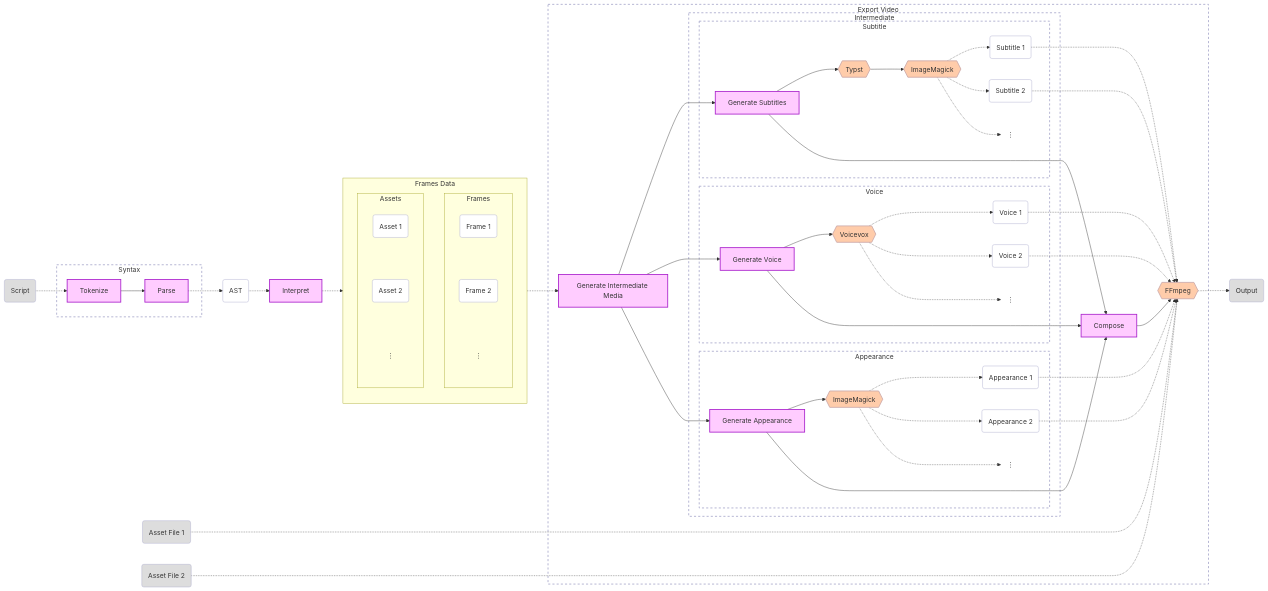
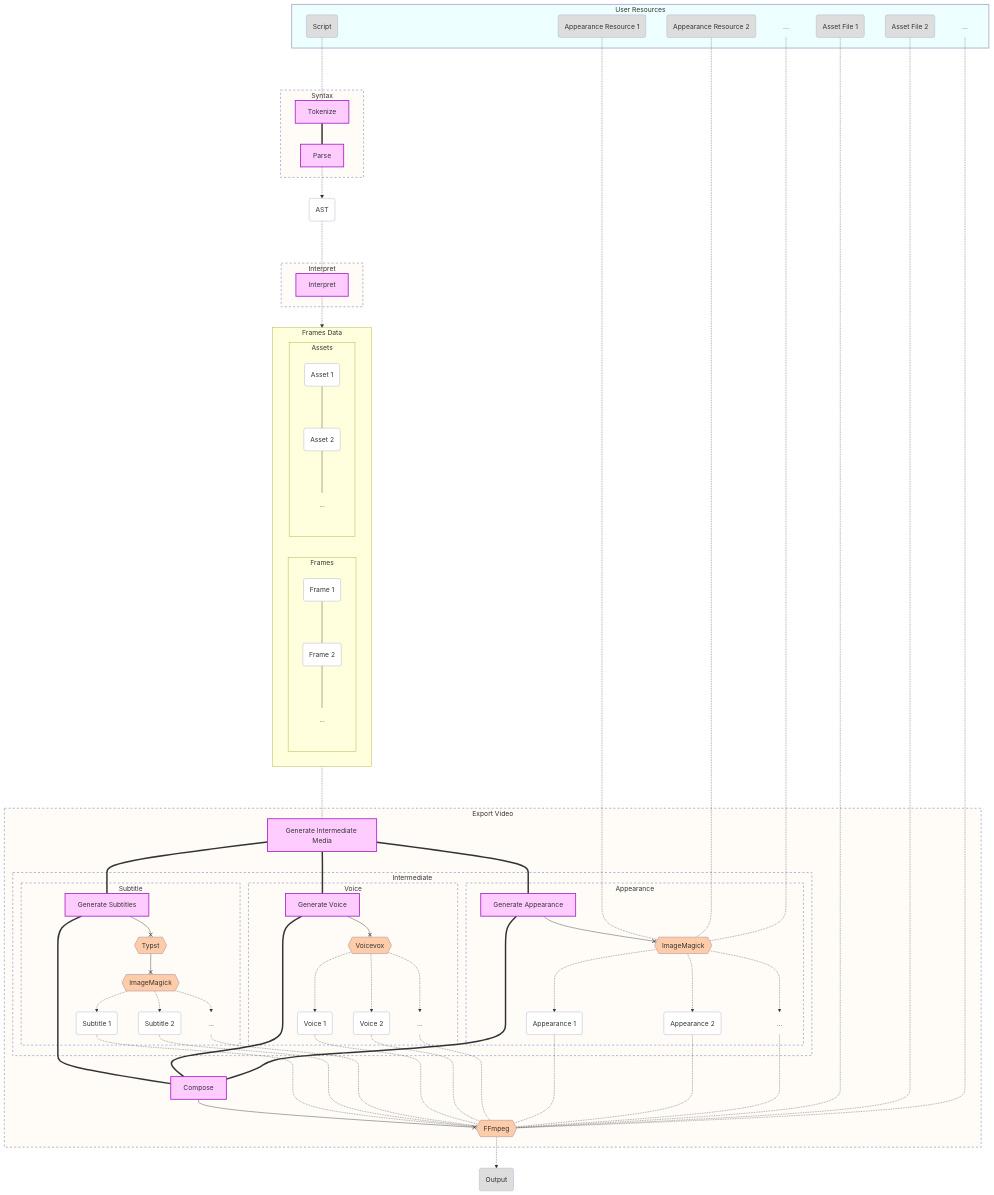
One commit to arakur/movie changed the diagram in architecture.md. Above: the diagram before and after it, drawn with Mermaid.

Commit message:
Edited an architecture diagram.

```diff
--- a/architecture.md
+++ b/architecture.md
@@ -3,26 +3,47 @@
 ::: mermaid
-flowchart LR
+flowchart
+
+%% styles %%
 
 classDef Resource fill:#ddd,stroke:#aac;
 
 classDef InnerResource fill:#fff,stroke:#aac;
 
+classDef ResourceGroup fill:#eff,stroke:#aac,stroke-width:2px;
+
 classDef Flow fill:#fcf,stroke:#a2c,stroke-width:2px;
 
 classDef ExternalProgram fill:#fca,stroke:#caa,stroke-width:2px;
 
-classDef FlowGroup fill:#fff,stroke:#aac,stroke-width:2px,stroke-dasharray: 5, 5;
+classDef FlowGroup fill:#fffcf8,stroke:#aac,stroke-width:2px,stroke-dasharray: 5, 5;
 
 classDef None fill:#fff0,stroke:#fff0;
 
-Script(Script)
-class Script Resource
+%% nodes %%
 
-AssetFile1(Asset File 1)
-class AssetFile1 Resource
+subgraph UserResources[User Resources]
+  Script(Script)
+  class Script Resource
 
-AssetFile2(Asset File 2)
-class AssetFile2 Resource
+  AssetFile1(Asset File 1)
+  class AssetFile1 Resource
+
+  AssetFile2(Asset File 2)
+  class AssetFile2 Resource
+
+  AssetFileRest(...)
+  class AssetFileRest None
+
+  AppearanceResource1(Appearance Resource 1)
+  class AppearanceResource1 Resource
+
+  AppearanceResource2(Appearance Resource 2)
+  class AppearanceResource2 Resource
+
+  AppearanceResourceRest(...)
+  class AppearanceResourceRest None
+end
+class UserResources ResourceGroup
 
 subgraph Syntax
   Tokenize[Tokenize]
@@ -36,30 +57,33 @@
 AST(AST)
 class AST InnerResource
 
-Script .-> Tokenize --> Parse .-> AST
+Script ..- Tokenize === Parse .-> AST
 
-Interpret[Interpret]
-class Interpret Flow
+subgraph InterpretGroup[Interpret]
+  Interpret[Interpret]
+  class Interpret Flow
+end
+class InterpretGroup FlowGroup
 
 subgraph FramesData[ Frames Data ]
   subgraph Frames
     direction TB
 
-    Frame1(Frame 1)~~~Frame2(Frame 2)~~~FrameRest(⋮)
+    Frame1(Frame 1)---Frame2(Frame 2)---FrameRest(...)
     class Frame1,Frame2 InnerResource
     class FrameRest None
   end
   subgraph Assets
     direction TB
 
-    Asset1(Asset 1)~~~Asset2(Asset 2)~~~AssetRest(⋮)
+    Asset1(Asset 1)---Asset2(Asset 2)---AssetRest(...)
     class Asset1,Asset2 InnerResource
     class AssetRest None
   end
 end
 class FramesData InnerResource
 
-AST .-> Interpret .-> FramesData
+AST ..- Interpret .-> FramesData
 
 subgraph ExportVideo[Export Video]
   GenerateIntermediateMedia[Generate Intermediate Media]
@@ -68,8 +92,8 @@
   subgraph Intermediate
     subgraph Subtitle
       GenerateSubtitles[Generate Subtitles]
-      --> Typst{{Typst}} --> ImageMagickSubtitle{{ImageMagick}}
-      .-> Subtitle1(Subtitle 1) & Subtitle2(Subtitle 2) & SubtitleRest(⋮)
+      --x Typst{{Typst}} --x ImageMagickSubtitle{{ImageMagick}}
+      .-> Subtitle1(Subtitle 1) & Subtitle2(Subtitle 2) & SubtitleRest(...)
       class GenerateSubtitles Flow
       class Typst ExternalProgram
       class ImageMagickSubtitle ExternalProgram
@@ -81,8 +105,8 @@
 
     subgraph Voice
       GenerateVoice[Generate Voice]
-      --> Voicevox{{Voicevox}}
-      ..-> Voice1(Voice 1) & Voice2(Voice 2) & VoiceRest(⋮)
+      --x Voicevox{{Voicevox}}
+      ..-> Voice1(Voice 1) & Voice2(Voice 2) & VoiceRest(...)
       class GenerateVoice Flow
       class Voicevox ExternalProgram
       class Voice1 InnerResource
@@ -93,8 +117,11 @@
 
     subgraph Appearance
       GenerateAppearance[Generate Appearance]
-      --> ImageMagickAppearance{{ImageMagick}}
-      ..-> Appearance1(Appearance 1) & Appearance2(Appearance 2) & AppearanceRest(⋮)
+      --x ImageMagickAppearance{{ImageMagick}}
+      ..-> Appearance1(Appearance 1) & Appearance2(Appearance 2) & AppearanceRest(...)
+      AppearanceResource1 ..- ImageMagickAppearance
+      AppearanceResource2 ..- ImageMagickAppearance
+      AppearanceResourceRest ..- ImageMagickAppearance
       class GenerateAppearance Flow
       class ImageMagickAppearance ExternalProgram
       class Appearance1 InnerResource
@@ -113,10 +140,10 @@
 end
 class ExportVideo FlowGroup
 
-FramesData .-> GenerateIntermediateMedia --> GenerateSubtitles & GenerateVoice & GenerateAppearance -----> Compose --> FFmpegCompose
+FramesData ..- GenerateIntermediateMedia === GenerateSubtitles & GenerateVoice & GenerateAppearance ====== Compose --x FFmpegCompose
 
-Subtitle1 & Subtitle2 & Voice1 & Voice2 & Appearance1 & Appearance2 .-> FFmpegCompose
-AssetFile1 & AssetFile2 ............-> FFmpegCompose
+Subtitle1 & Subtitle2 & SubtitleRest & Voice1 & Voice2 & VoiceRest & Appearance1 & Appearance2 & AppearanceRest ..- FFmpegCompose
+AssetFile1 & AssetFile2 & AssetFileRest ..- FFmpegCompose
 
 Output(Output)
 class Output Resource
```
